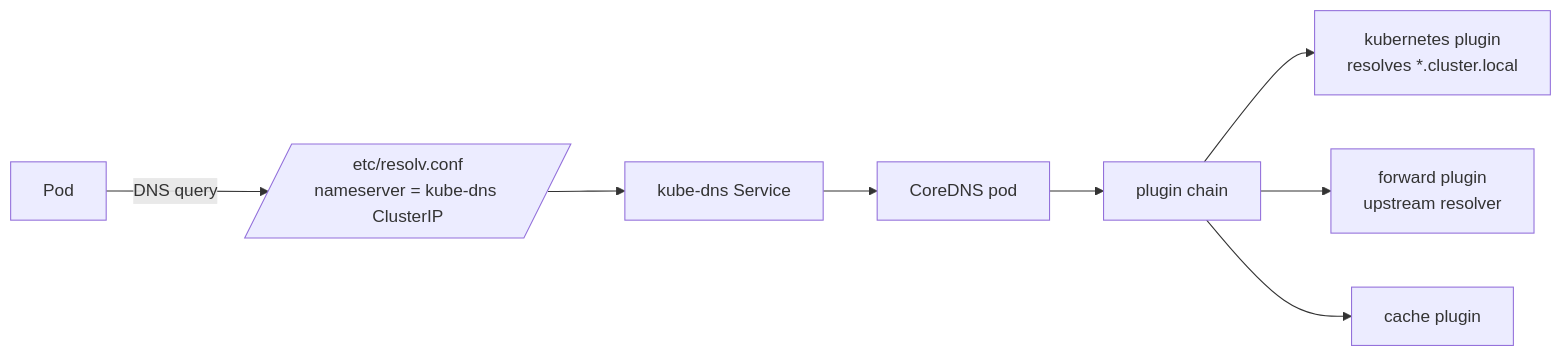
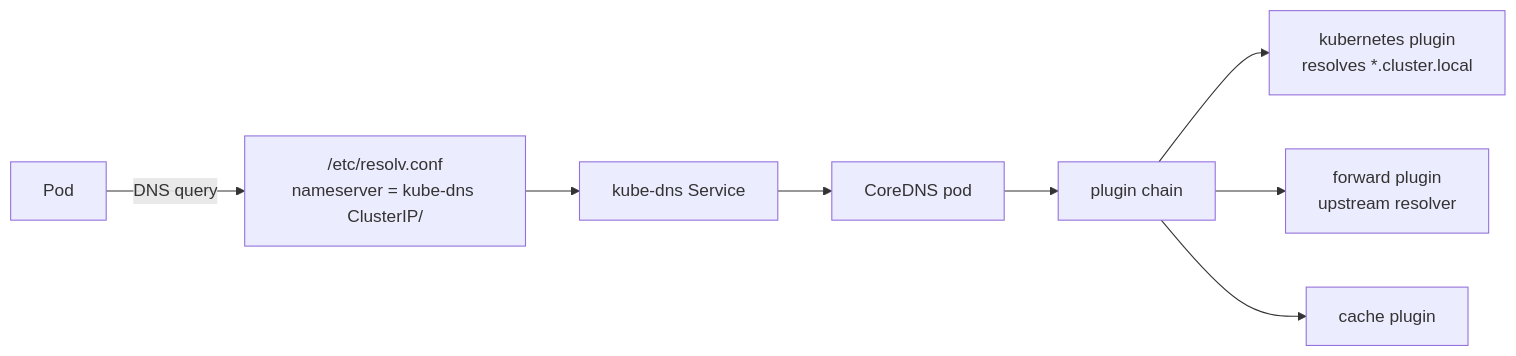
The first of 2 diagrams in 09-interview-prep/03-kubernetes-internals/service-discovery-and-coredns.md (srinivaskona7/devops-learning), drawn with Mermaid before and after one commit. The commit also changed other lines of this file and 220 other files, not shown here.

````diff
--- a/09-interview-prep/03-kubernetes-internals/service-discovery-and-coredns.md
+++ b/09-interview-prep/03-kubernetes-internals/service-discovery-and-coredns.md
@@ -14,10 +14,10 @@
 ```mermaid
 flowchart LR
-  Pod[Pod] -->|DNS query| Resolv[/etc/resolv.conf<br/>nameserver = kube-dns ClusterIP/]
+  Pod[Pod] -->|DNS query| Resolv["/etc/resolv.conf<br/>nameserver = kube-dns ClusterIP/"]
   Resolv --> KD[kube-dns Service]
   KD --> CD[CoreDNS pod]
   CD --> Plugin[plugin chain]
-  Plugin --> K[kubernetes plugin<br/>resolves *.cluster.local]
-  Plugin --> F[forward plugin<br/>upstream resolver]
+  Plugin --> K["kubernetes plugin<br/>resolves *.cluster.local"]
+  Plugin --> F["forward plugin<br/>upstream resolver"]
   Plugin --> C[cache plugin]
 ```
````
